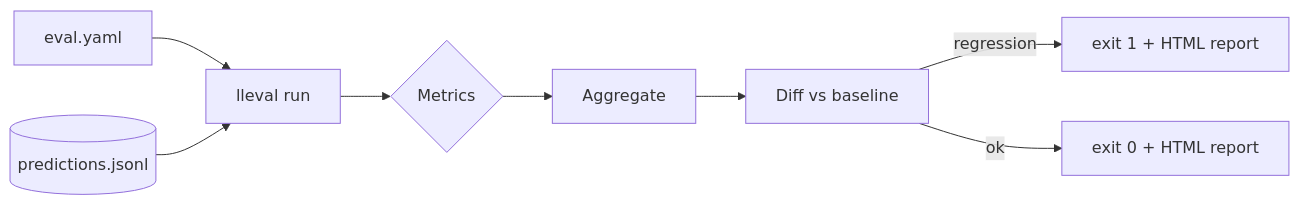
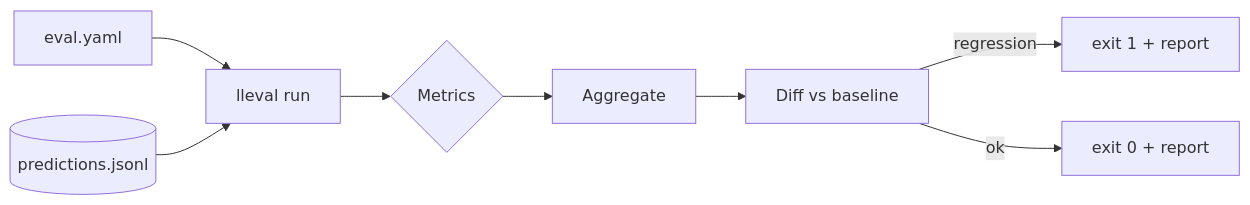
The diagram in README.md (jeanmalaquias/llm-eval-harness), drawn with Mermaid before and after one commit. The commit also changed other lines of this file, not shown here.

````diff
--- a/README.md
+++ b/README.md
@@ -82,8 +46,8 @@
 ```mermaid
 flowchart LR
     CFG[eval.yaml] --> RUN[lleval run]
     DATA[(predictions.jsonl)] --> RUN
     RUN --> M{Metrics} --> AGG[Aggregate] --> CMP[Diff vs baseline]
-    CMP -->|regression| FAIL[exit 1 + HTML report]
-    CMP -->|ok| PASS[exit 0 + HTML report]
+    CMP -->|regression| FAIL[exit 1 + report]
+    CMP -->|ok| PASS[exit 0 + report]
 ```
````
